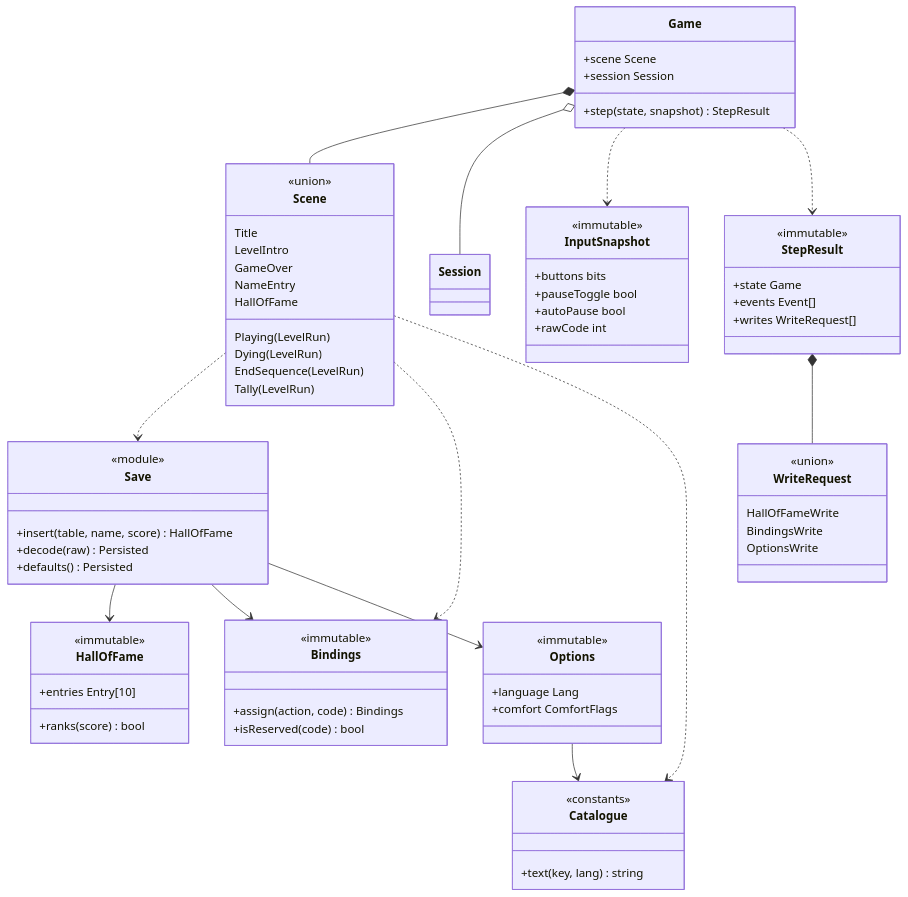
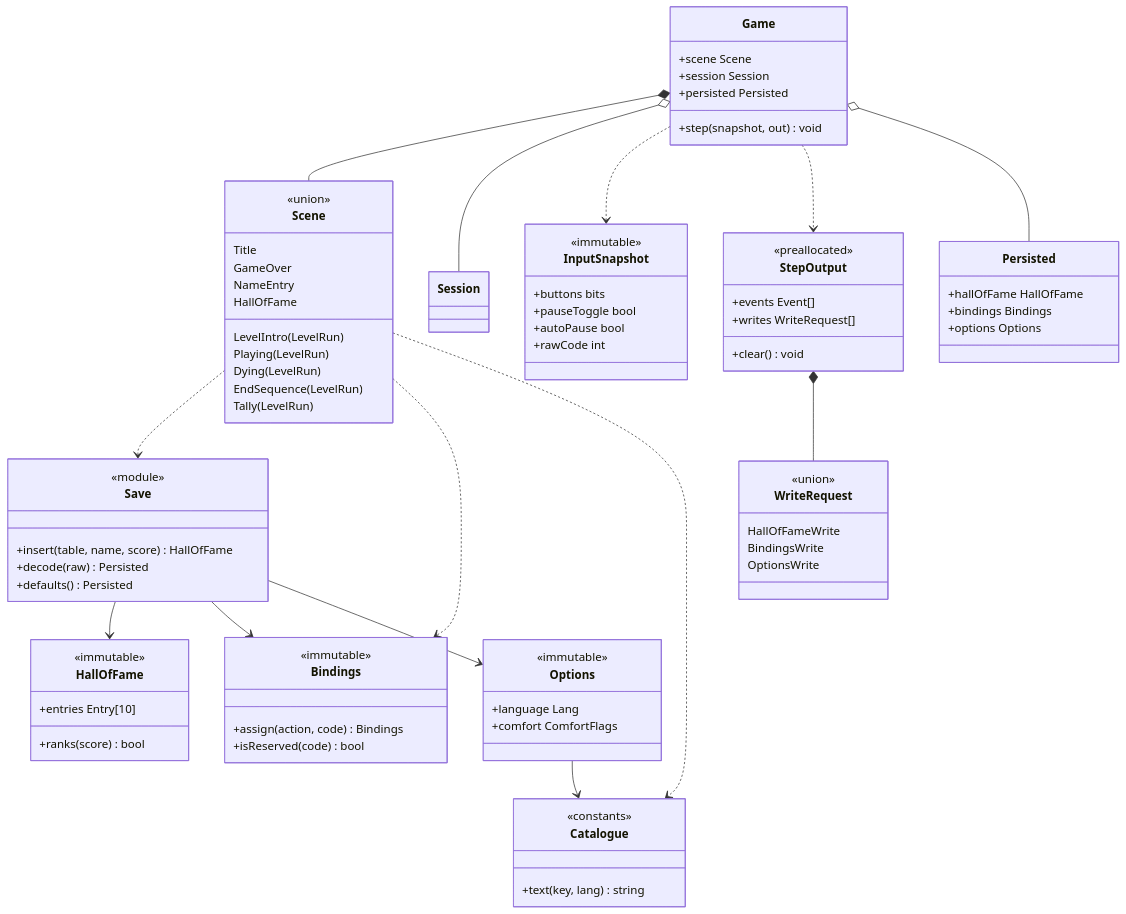
One commit to benoit-bremaud/retro-plumber changed the diagram in docs/architecture/diagrams/meta/15-class-meta.md. Above: the diagram before and after it, drawn with Mermaid. The commit also changed other lines of this file and 1 other file, not shown here.

Commit message:
docs(uml): LevelIntro run, persisted record in Game, in-place step output (#8)

```diff
--- a/docs/architecture/diagrams/meta/15-class-meta.md
+++ b/docs/architecture/diagrams/meta/15-class-meta.md
@@ -16,12 +16,13 @@
     class Game {
         +scene Scene
         +session Session
-        +step(state, snapshot) StepResult
+        +persisted Persisted
+        +step(snapshot, out) void
     }
     class Scene {
         <<union>>
         Title
-        LevelIntro
+        LevelIntro(LevelRun)
         Playing(LevelRun)
         Dying(LevelRun)
         EndSequence(LevelRun)
@@ -37,17 +38,22 @@
         +autoPause bool
         +rawCode int
     }
-    class StepResult {
-        <<immutable>>
-        +state Game
+    class StepOutput {
+        <<preallocated>>
         +events Event[]
         +writes WriteRequest[]
+        +clear() void
     }
     class WriteRequest {
         <<union>>
         HallOfFameWrite
         BindingsWrite
         OptionsWrite
+    }
+    class Persisted {
+        +hallOfFame HallOfFame
+        +bindings Bindings
+        +options Options
     }
     class Save {
         <<module>>
@@ -77,8 +83,9 @@
     Game *-- Scene
     Game o-- Session
     Game ..> InputSnapshot
-    Game ..> StepResult
-    StepResult *-- WriteRequest
+    Game ..> StepOutput
+    StepOutput *-- WriteRequest
+    Game o-- Persisted
     Scene ..> Save
     Scene ..> Bindings
     Save --> HallOfFame
```
